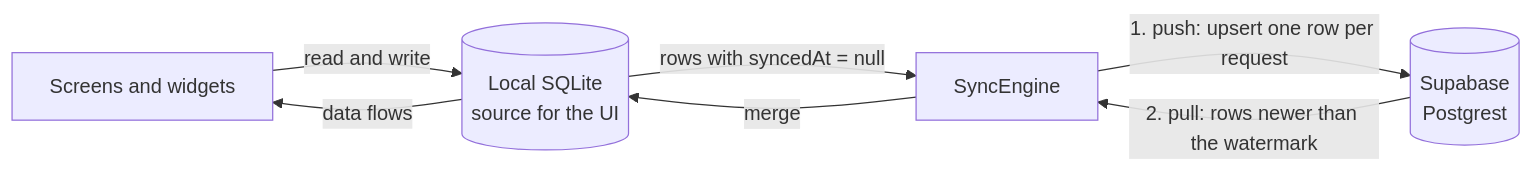
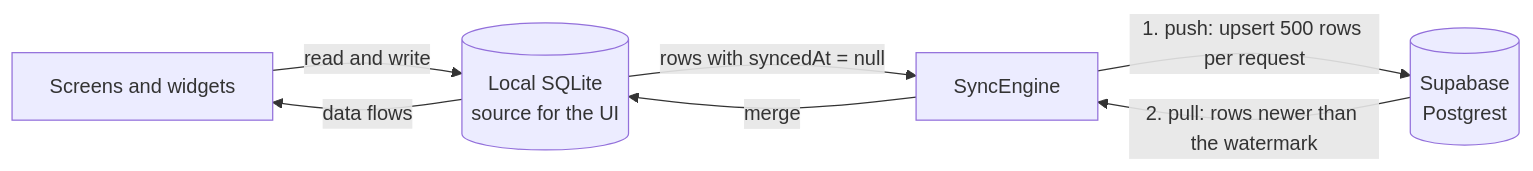
One commit to jokot/habit-tracker changed the first of 11 diagrams in docs/sync-flow.md. Above: the diagram before and after it, drawn with Mermaid. The commit also changed other lines of this file and 9 other files, not shown here.

````diff
--- a/docs/sync-flow.md
+++ b/docs/sync-flow.md
@@ -19,9 +19,9 @@
 ```mermaid
 flowchart LR
     UI["Screens and widgets"] -- "read and write" --> DB[("Local SQLite<br/>source for the UI")]
     DB -- "rows with syncedAt = null" --> ENG["SyncEngine"]
-    ENG -- "1. push: upsert one row per request" --> SB[("Supabase<br/>Postgrest")]
+    ENG -- "1. push: upsert 500 rows per request" --> SB[("Supabase<br/>Postgrest")]
     SB -- "2. pull: rows newer than the watermark" --> ENG
     ENG -- "merge" --> DB
     DB -- "data flows" --> UI
 ```
````
